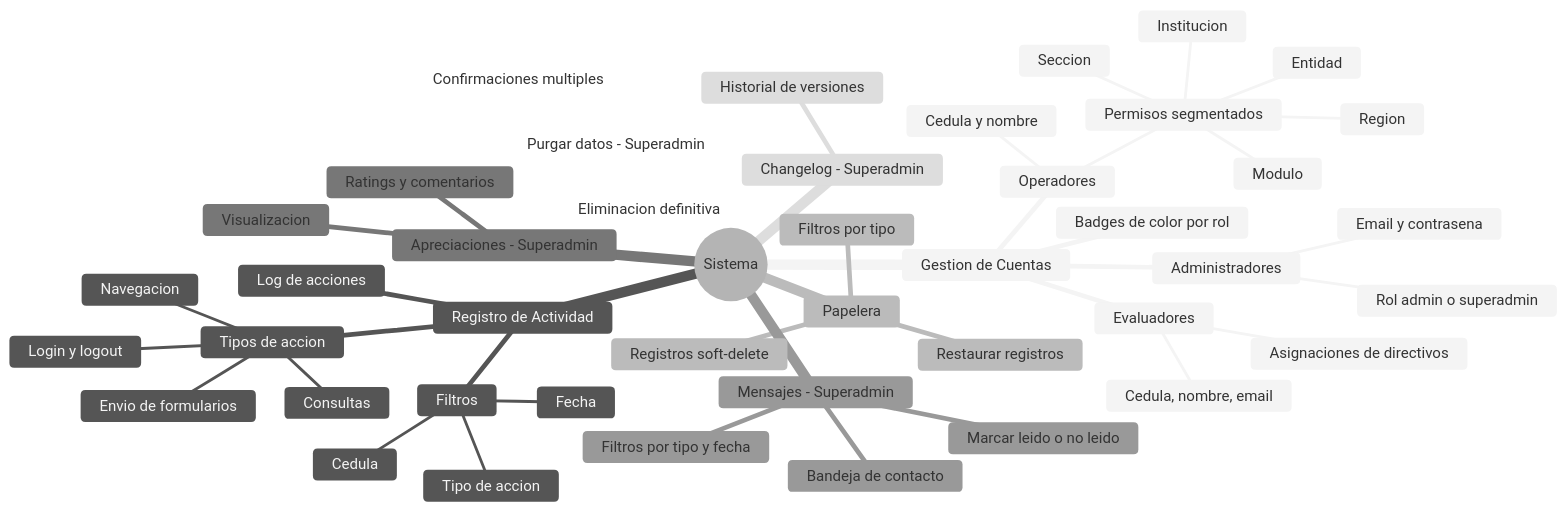
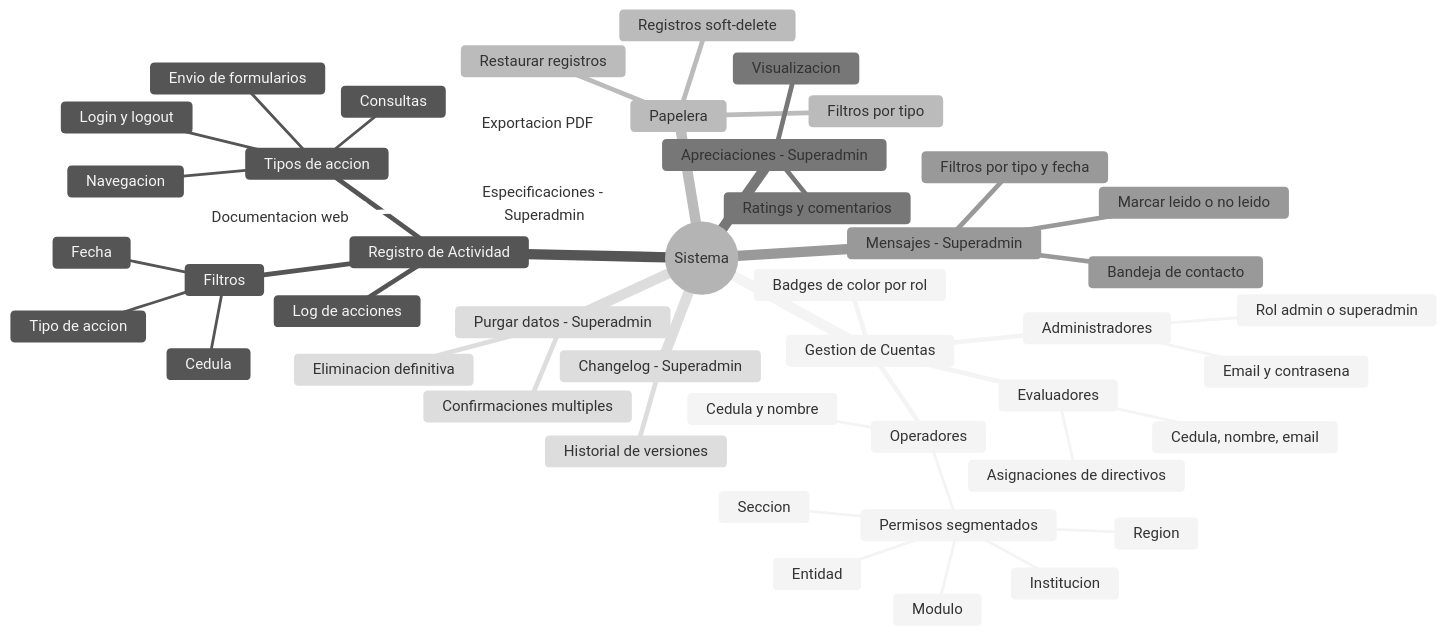
One commit to ghsimard/liderazgo changed diagram 14 of 14 in public/SPECIFICATIONS.md. Above: the diagram before and after it, drawn with Mermaid (neutral theme). The commit also changed other lines of this file and 2 other files, not shown here.

Commit message:
Recreated specs and PDF

````diff
--- a/public/SPECIFICATIONS.md
+++ b/public/SPECIFICATIONS.md
@@ -707,47 +735,50 @@
 ```mermaid
 mindmap
   root((Sistema))
     Gestion de Cuentas
       Administradores
         Email y contrasena
         Rol admin o superadmin
       Evaluadores
         Cedula, nombre, email
         Asignaciones de directivos
       Operadores
         Cedula y nombre
         Permisos segmentados
           Seccion
           Region
           Entidad
           Institucion
           Modulo
       Badges de color por rol
     Registro de Actividad
       Log de acciones
       Filtros
         Cedula
         Tipo de accion
         Fecha
       Tipos de accion
         Login y logout
         Envio de formularios
         Consultas
         Navegacion
     Papelera
       Registros soft-delete
       Restaurar registros
       Filtros por tipo
     Apreciaciones - Superadmin
       Ratings y comentarios
       Visualizacion
     Mensajes - Superadmin
       Bandeja de contacto
       Marcar leido o no leido
       Filtros por tipo y fecha
     Changelog - Superadmin
       Historial de versiones
+    Especificaciones - Superadmin
+      Documentacion web
+      Exportacion PDF
     Purgar datos - Superadmin
       Eliminacion definitiva
       Confirmaciones multiples
 ```
````
